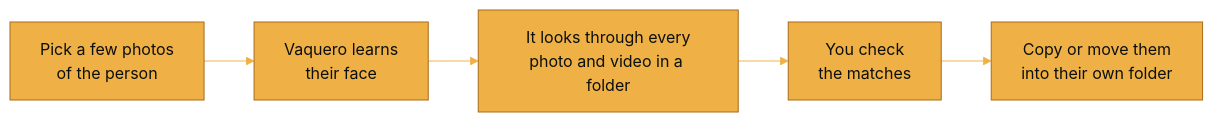
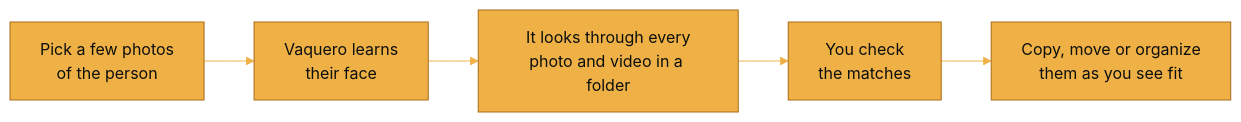
Before and after one commit to BitWise-0x/Vaquero: the first of 2 diagrams in README.md, drawn with Mermaid. The commit also changed other lines of this file and 1 other file, not shown here.

````diff
--- a/README.md
+++ b/README.md
@@ -117,8 +117,8 @@
 ```mermaid
 %%{init: {"theme": "base", "themeVariables": {"primaryColor": "#efb146", "primaryTextColor": "#0c0f0e", "primaryBorderColor": "#a96a19", "lineColor": "#efb146", "secondaryColor": "#1b221f", "tertiaryColor": "#1b221f", "edgeLabelBackground": "#1b221f", "fontSize": "16px"}}}%%
 flowchart LR
     pick["Pick a few photos<br>of the person"] --> learn["Vaquero learns<br>their face"]
     learn --> scan["It looks through every<br>photo and video in a folder"]
     scan --> review["You check<br>the matches"]
-    review --> done["Copy or move them<br>into their own folder"]
+    review --> done["Copy, move or organize<br>them as you see fit"]
 ```
````
